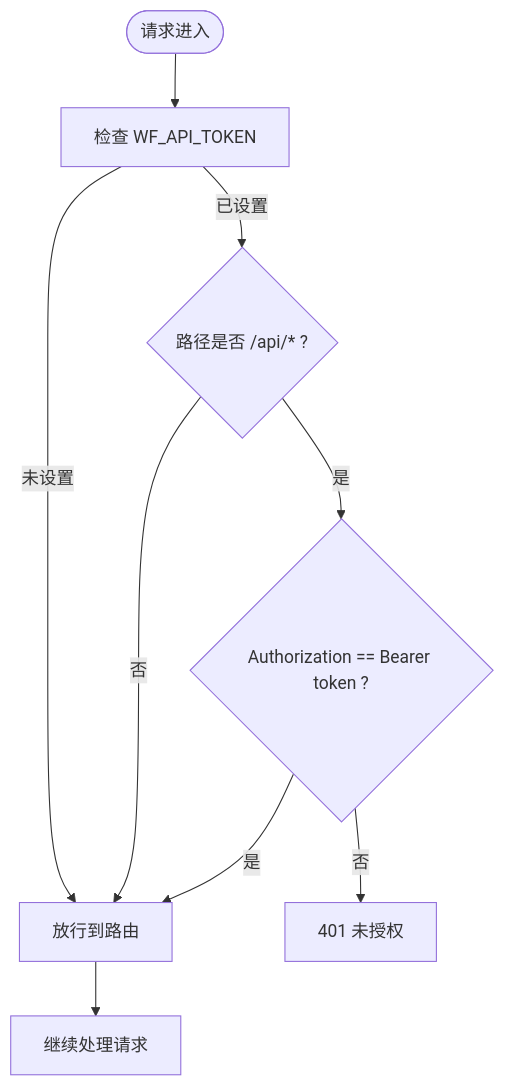
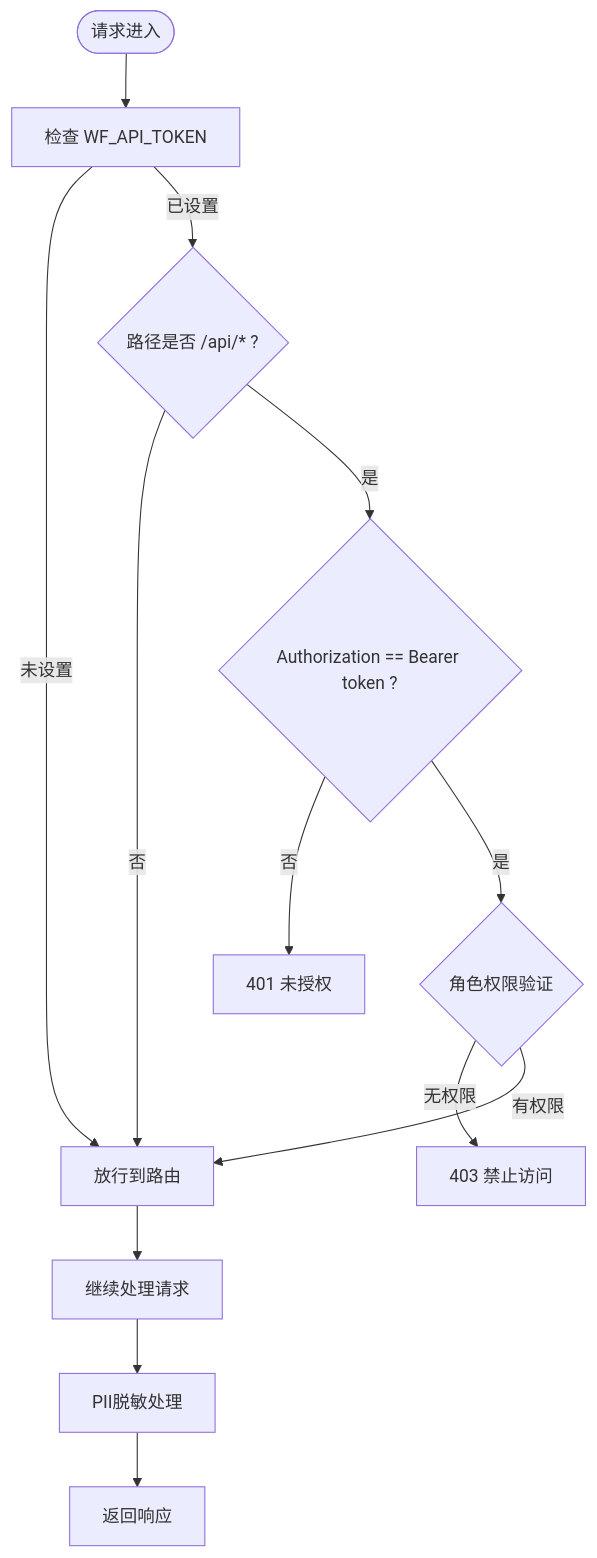
The third of 3 diagrams in .qoder/repowiki/zh/content/后端架构与 API.md (huiliuxu780/MoreThanCorn), drawn with Mermaid before and after one commit. The commit also changed other lines of this file and 154 other files, not shown here.

````diff
--- a/.qoder/repowiki/zh/content/后端架构与 API.md
+++ b/.qoder/repowiki/zh/content/后端架构与 API.md
@@ -197,11 +226,15 @@
 ```mermaid
 flowchart TD
 Start(["请求进入"]) --> CheckToken["检查 WF_API_TOKEN"]
 CheckToken --> |未设置| Allow["放行到路由"]
 CheckToken --> |已设置| PathCheck{"路径是否 /api/* ?"}
 PathCheck --> |否| Allow
 PathCheck --> |是| AuthCheck{"Authorization == Bearer token ?"}
 AuthCheck --> |否| Deny["401 未授权"]
-AuthCheck --> |是| Allow
+AuthCheck --> |是| RoleCheck{"角色权限验证"}
+RoleCheck --> |无权限| Forbidden["403 禁止访问"]
+RoleCheck --> |有权限| Allow
 Allow --> Next["继续处理请求"]
+Next --> PII["PII脱敏处理"]
+PII --> Response["返回响应"]
 ```
````
